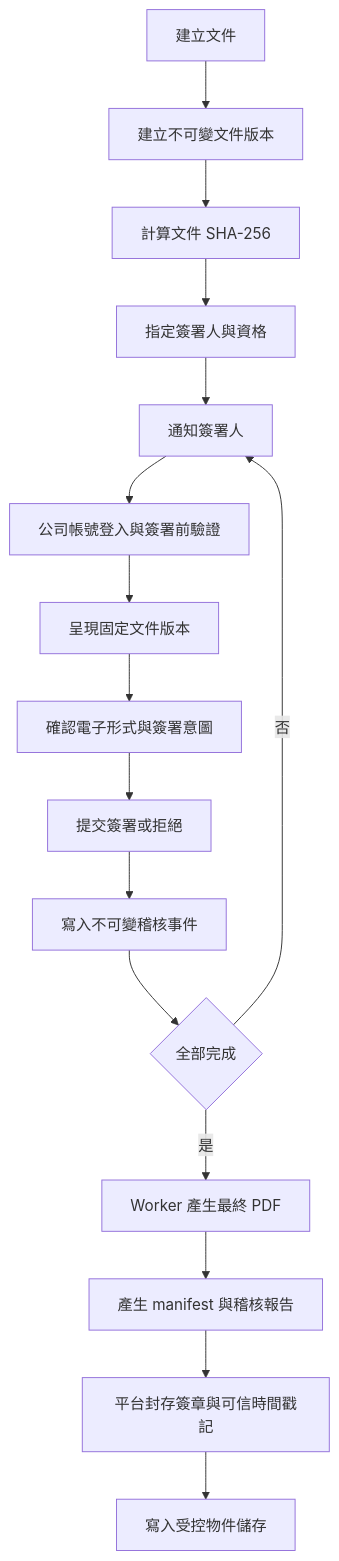
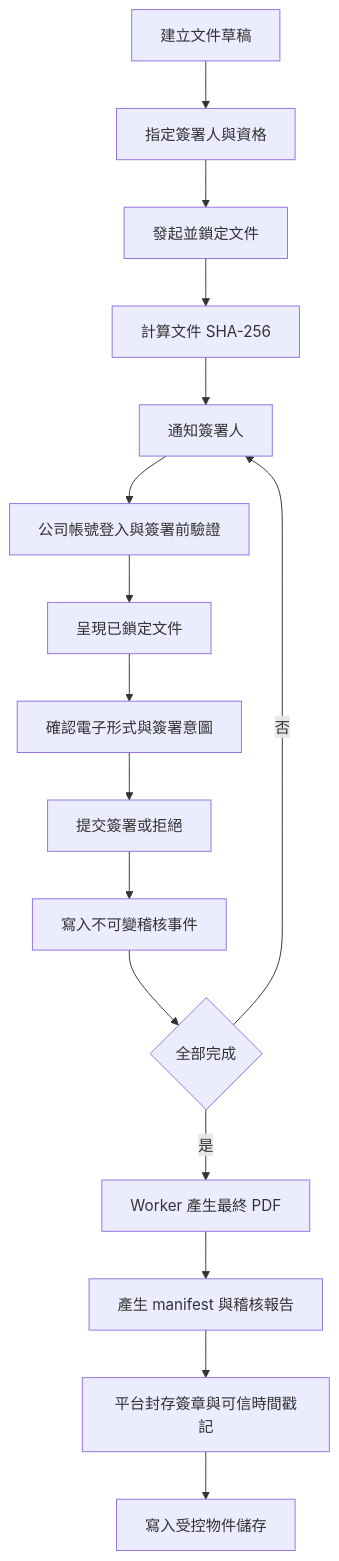
Before and after one commit to Eat2024/feastogether_intranet: the first of 2 diagrams in server/docs/internal-electronic-signature-platform.md, drawn with Mermaid. The commit also changed other lines of this file and 143 other files, not shown here.

````diff
--- a/server/docs/internal-electronic-signature-platform.md
+++ b/server/docs/internal-electronic-signature-platform.md
@@ -159,18 +160,18 @@
 ```mermaid
 flowchart TD
-    createDocument[建立文件] --> createVersion[建立不可變文件版本]
-    createVersion --> calculateHash[計算文件 SHA-256]
-    calculateHash --> assignSigners[指定簽署人與資格]
-    assignSigners --> notifySigner[通知簽署人]
+    createDocument[建立文件草稿] --> assignSigners[指定簽署人與資格]
+    assignSigners --> initiateDocument[發起並鎖定文件]
+    initiateDocument --> calculateHash[計算文件 SHA-256]
+    calculateHash --> notifySigner[通知簽署人]
     notifySigner --> authenticate[公司帳號登入與簽署前驗證]
-    authenticate --> showDocument[呈現固定文件版本]
+    authenticate --> showDocument[呈現已鎖定文件]
     showDocument --> captureIntent[確認電子形式與簽署意圖]
     captureIntent --> submitSignature[提交簽署或拒絕]
     submitSignature --> appendAudit[寫入不可變稽核事件]
     appendAudit --> allCompleted{全部完成}
     allCompleted -- 否 --> notifySigner
     allCompleted -- 是 --> finalizePdf[Worker 產生最終 PDF]
     finalizePdf --> createEvidence[產生 manifest 與稽核報告]
     createEvidence --> sealDocument[平台封存簽章與可信時間戳記]
     sealDocument --> immutableStorage[寫入受控物件儲存]
 ```
````
